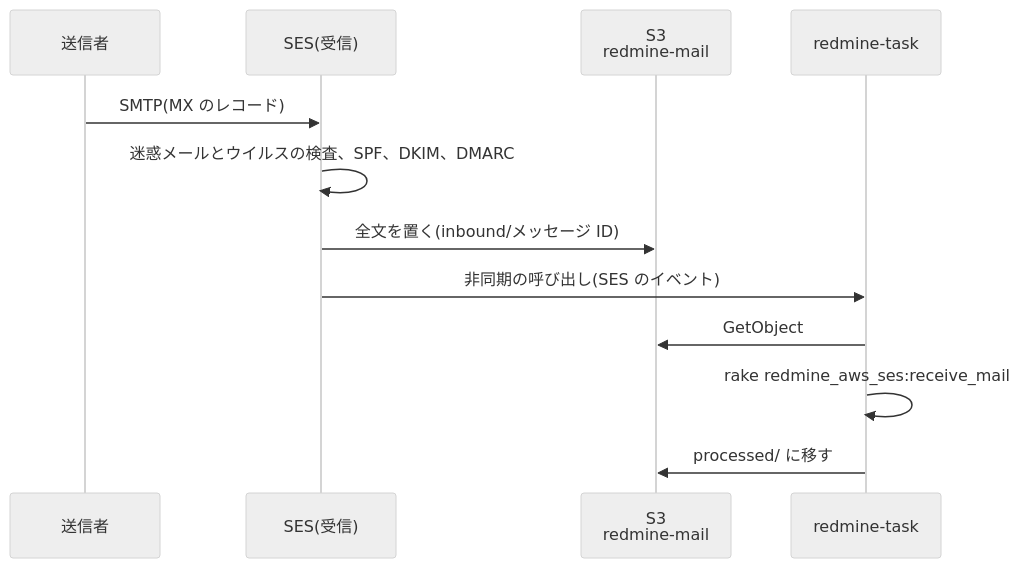
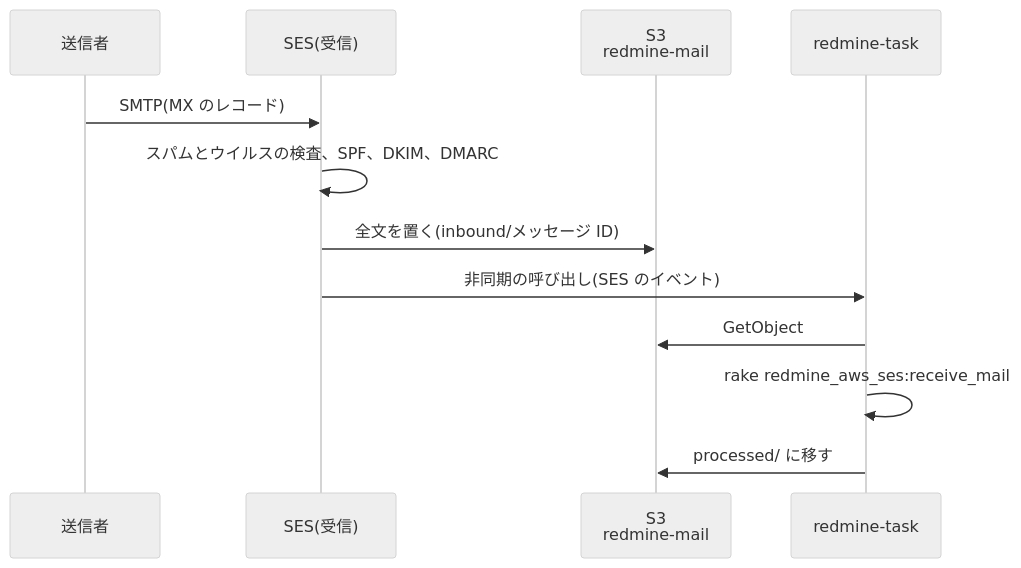
The second of 2 diagrams in docs/ja/mail.md (redmine-kit/serverless), drawn with Mermaid (neutral theme) before and after one commit. The commit also changed other lines of this file and 3 other files, not shown here.

````diff
--- a/docs/ja/mail.md
+++ b/docs/ja/mail.md
@@ -98,14 +98,14 @@
 ```mermaid
 sequenceDiagram
   participant S as 送信者
   participant E as SES(受信)
   participant B as S3<br>redmine-mail
   participant T as redmine-task
   S->>E: SMTP(MX のレコード)
-  E->>E: 迷惑メールとウイルスの検査、SPF、DKIM、DMARC
+  E->>E: スパムとウイルスの検査、SPF、DKIM、DMARC
   E->>B: 全文を置く(inbound/メッセージ ID)
   E->>T: 非同期の呼び出し(SES のイベント)
   T->>B: GetObject
   T->>T: rake redmine_aws_ses:receive_mail
   T->>B: processed/ に移す
 ```
````
